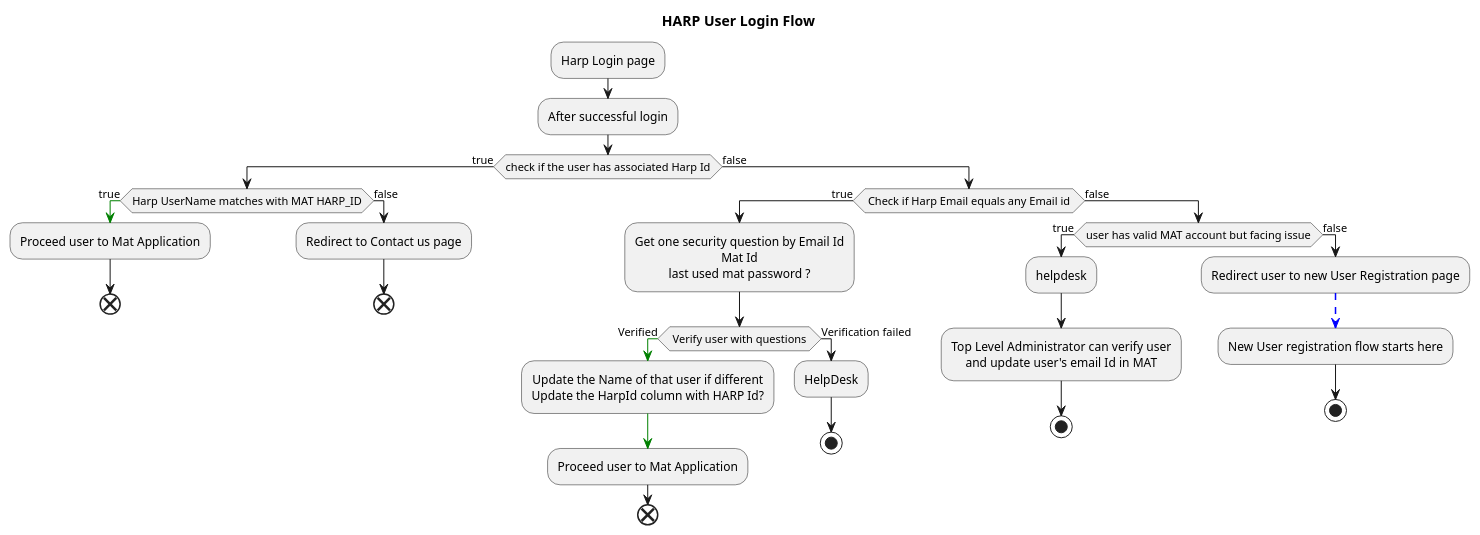
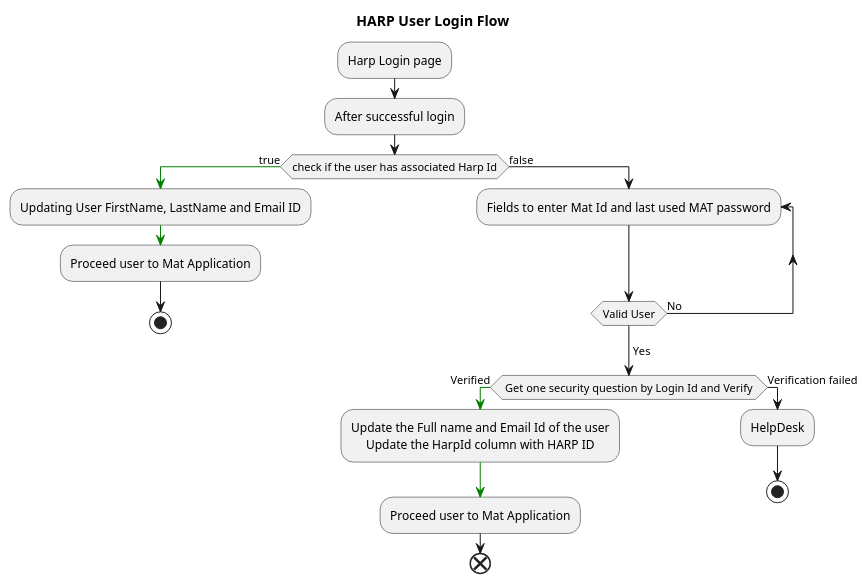
Before and after one commit to MeasureAuthoringTool/MeasureAuthoringTool: the diagram in uml/HarpIntegration/existing_user_login_flow.puml, drawn with PlantUML. The commit also changed 8 other files, not shown here.

Commit message:
Replacing Email Id with Harp Id to identify users, and saving Email everytime user log in to MAT via HARP

```diff
--- a/uml/HarpIntegration/existing_user_login_flow.puml
+++ b/uml/HarpIntegration/existing_user_login_flow.puml
@@ -1,46 +1,29 @@
 @startuml
 title HARP User Login Flow
 
 skinparam defaultTextAlignment center
 :Harp Login page;
 :After successful login;
 if (check if the user has associated Harp Id) then (true)
-    if (Harp UserName matches with MAT HARP_ID) then (true)
+    -[#green]->
+    :Updating User FirstName, LastName and Email ID;
+    -[#green]->
+    :Proceed user to Mat Application;
+    stop
+else (false)
+    repeat :Fields to enter Mat Id and last used MAT password;
+    repeat while (Valid User) is (No)
+    -> Yes;
+    if ( Get one security question by Login Id and Verify ) then (Verified)
+        -[#green]->
+        :Update the Full name and Email Id of the user
+        Update the HarpId column with HARP ID;
         -[#green]->
         :Proceed user to Mat Application;
         end
-     else (false)
-     :Redirect to Contact us page;
-     end
-     endif
-else (false)
-    if ( Check if Harp Email equals any Email id ) then (true)
-        :Get one security question by Email Id
-        Mat Id
-        last used mat password ?;
-        if ( Verify user with questions ) then (Verified)
-            -[#green]->
-            :Update the Name of that user if different
-            Update the HarpId column with HARP Id?;
-            -[#green]->
-            :Proceed user to Mat Application;
-            end
-        else (Verification failed)
-            :HelpDesk;
-            stop
-        endif
-    else (false)
-        if (user has valid MAT account but facing issue) then (true)
-            :helpdesk;
-            :Top Level Administrator can verify user
-            and update user's email Id in MAT;
-            stop
-        else (false)
-        :Redirect user to new User Registration page;
-        -[#blue,dashed]->
-        :New User registration flow starts here;
+    else (Verification failed)
+        :HelpDesk;
         stop
-        endif
     endif
 endif
 @enduml
```
